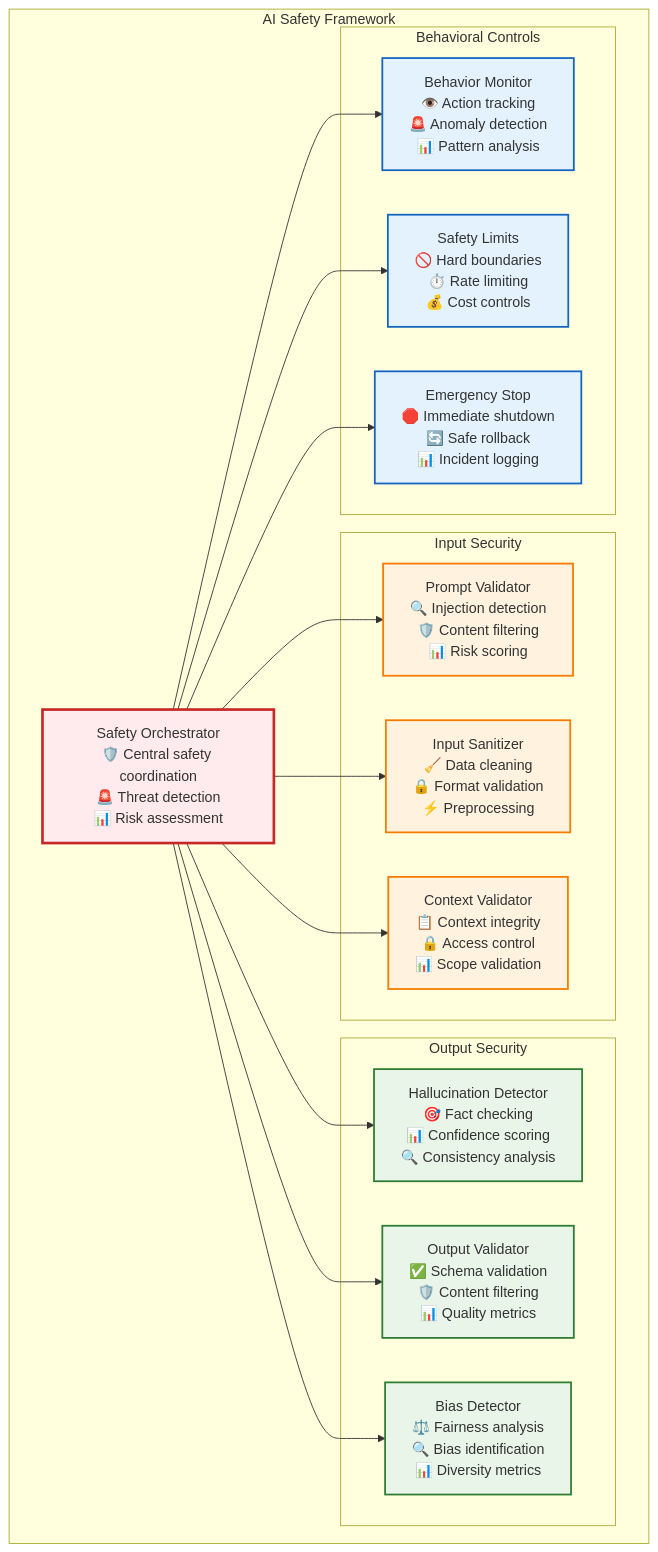
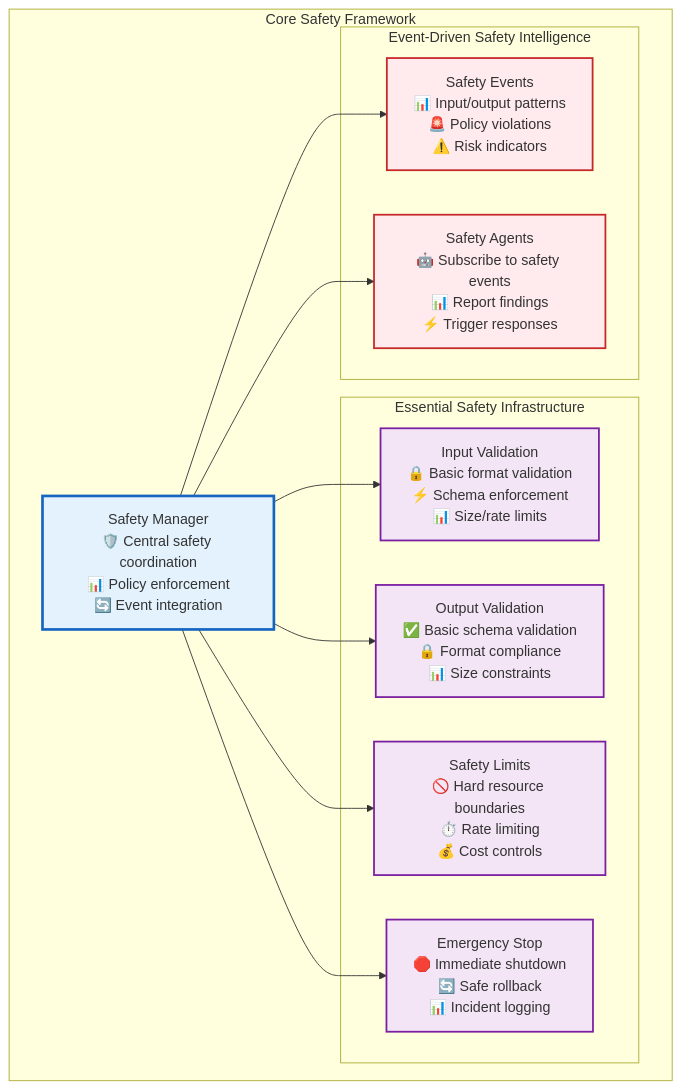
One commit to Vrooli/Vrooli changed diagram 40 of 50 in docs/ai-execution-architecture.md. Above: the diagram before and after it, drawn with Mermaid. The commit also changed other lines of this file, not shown here.

Commit message:
Execution architecture p8

````diff
--- a/docs/ai-execution-architecture.md
+++ b/docs/ai-execution-architecture.md
@@ -2615,44 +3019,33 @@
 ```mermaid
 graph TB
-    subgraph "AI Safety Framework"
-        SafetyOrchestrator[Safety Orchestrator<br/>🛡️ Central safety coordination<br/>🚨 Threat detection<br/>📊 Risk assessment]
+    subgraph "Core Safety Framework"
+        SafetyManager[Safety Manager<br/>🛡️ Central safety coordination<br/>📊 Policy enforcement<br/>🔄 Event integration]
         
-        subgraph "Input Security"
-            PromptValidator[Prompt Validator<br/>🔍 Injection detection<br/>🛡️ Content filtering<br/>📊 Risk scoring]
-            InputSanitizer[Input Sanitizer<br/>🧹 Data cleaning<br/>🔒 Format validation<br/>⚡ Preprocessing]
-            ContextValidator[Context Validator<br/>📋 Context integrity<br/>🔒 Access control<br/>📊 Scope validation]
+        subgraph "Essential Safety Infrastructure"
+            InputValidation[Input Validation<br/>🔒 Basic format validation<br/>⚡ Schema enforcement<br/>📊 Size/rate limits]
+            OutputValidation[Output Validation<br/>✅ Basic schema validation<br/>🔒 Format compliance<br/>📊 Size constraints]
+            SafetyLimits[Safety Limits<br/>🚫 Hard resource boundaries<br/>⏱️ Rate limiting<br/>💰 Cost controls]
+            EmergencyStop[Emergency Stop<br/>🛑 Immediate shutdown<br/>🔄 Safe rollback<br/>📊 Incident logging]
         end
         
-        subgraph "Output Security"
-            HallucinationDetector[Hallucination Detector<br/>🎯 Fact checking<br/>📊 Confidence scoring<br/>🔍 Consistency analysis]
-            OutputValidator[Output Validator<br/>✅ Schema validation<br/>🛡️ Content filtering<br/>📊 Quality metrics]
-            BiasDetector[Bias Detector<br/>⚖️ Fairness analysis<br/>🔍 Bias identification<br/>📊 Diversity metrics]
-        end
-        
-        subgraph "Behavioral Controls"
-            BehaviorMonitor[Behavior Monitor<br/>👁️ Action tracking<br/>🚨 Anomaly detection<br/>📊 Pattern analysis]
-            SafetyLimits[Safety Limits<br/>🚫 Hard boundaries<br/>⏱️ Rate limiting<br/>💰 Cost controls]
-            EmergencyStop[Emergency Stop<br/>🛑 Immediate shutdown<br/>🔄 Safe rollback<br/>📊 Incident logging]
+        subgraph "Event-Driven Safety Intelligence"
+            SafetyEvents[Safety Events<br/>📊 Input/output patterns<br/>🚨 Policy violations<br/>⚠️ Risk indicators]
+            SafetyAgents[Safety Agents<br/>🤖 Subscribe to safety events<br/>📊 Report findings<br/>⚡ Trigger responses]
         end
     end
     
-    SafetyOrchestrator --> PromptValidator
-    SafetyOrchestrator --> InputSanitizer
-    SafetyOrchestrator --> ContextValidator
-    SafetyOrchestrator --> HallucinationDetector
-    SafetyOrchestrator --> OutputValidator
-    SafetyOrchestrator --> BiasDetector
-    SafetyOrchestrator --> BehaviorMonitor
-    SafetyOrchestrator --> SafetyLimits
-    SafetyOrchestrator --> EmergencyStop
+    SafetyManager --> InputValidation
+    SafetyManager --> OutputValidation
+    SafetyManager --> SafetyLimits
+    SafetyManager --> EmergencyStop
+    SafetyManager --> SafetyEvents
+    SafetyManager --> SafetyAgents
     
-    classDef orchestrator fill:#ffebee,stroke:#c62828,stroke-width:3px
-    classDef input fill:#fff3e0,stroke:#f57c00,stroke-width:2px
-    classDef output fill:#e8f5e8,stroke:#2e7d32,stroke-width:2px
-    classDef behavioral fill:#e3f2fd,stroke:#1565c0,stroke-width:2px
+    classDef manager fill:#e3f2fd,stroke:#1565c0,stroke-width:3px
+    classDef infrastructure fill:#f3e5f5,stroke:#7b1fa2,stroke-width:2px
+    classDef events fill:#ffebee,stroke:#c62828,stroke-width:2px
     
-    class SafetyOrchestrator orchestrator
-    class PromptValidator,InputSanitizer,ContextValidator input
-    class HallucinationDetector,OutputValidator,BiasDetector output
-    class BehaviorMonitor,SafetyLimits,EmergencyStop behavioral
+    class SafetyManager manager
+    class InputValidation,OutputValidation,SafetyLimits,EmergencyStop infrastructure
+    class SafetyEvents,SafetyAgents events
 ```
````
